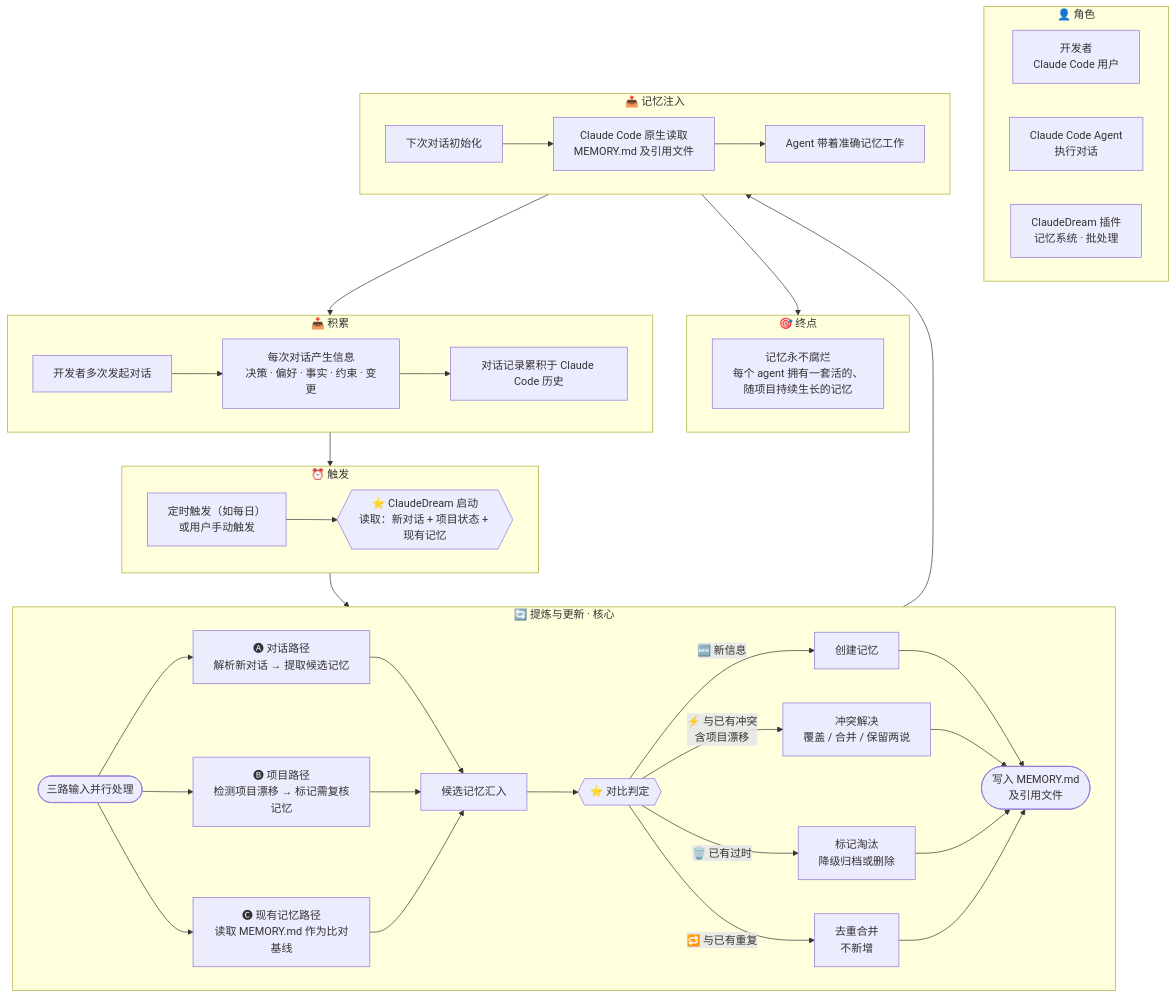
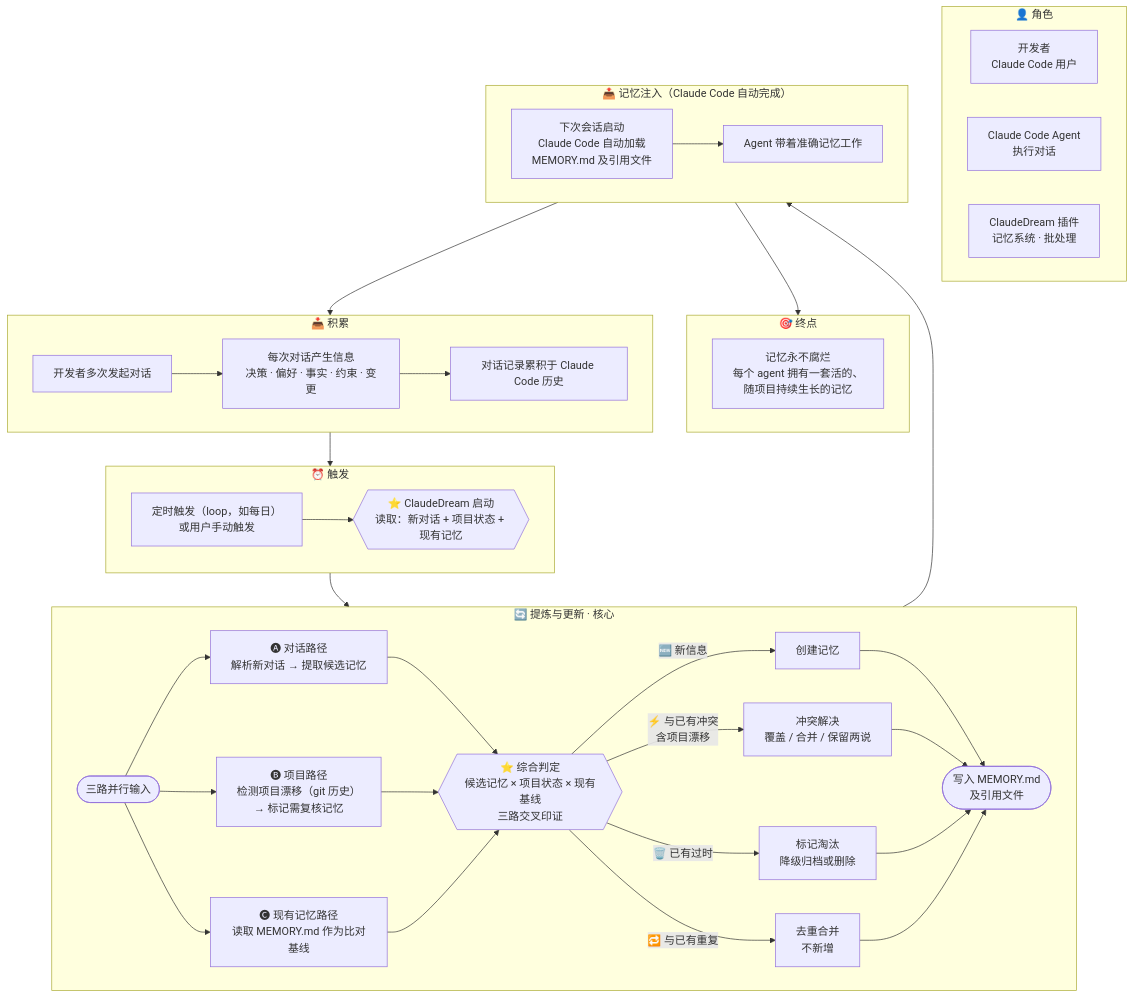
The diagram in .IDEO/DesignMapping.md (seapawn1/ClaudeDream), drawn with Mermaid before and after one commit. The commit also changed other lines of this file and 1 other file, not shown here.

````diff
--- a/.IDEO/DesignMapping.md
+++ b/.IDEO/DesignMapping.md
@@ -18,53 +18,51 @@
 ```mermaid
 flowchart TB
     subgraph LEFT["👤 角色"]
         DEV["开发者\nClaude Code 用户"]
         AGENT["Claude Code Agent\n执行对话"]
         CD["ClaudeDream 插件\n记忆系统 · 批处理"]
     end
 
     subgraph RIGHT["🎯 终点"]
         GOAL["记忆永不腐烂\n每个 agent 拥有一套活的、\n随项目持续生长的记忆"]
     end
 
     subgraph ACCUM["📥 积累"]
         A1["开发者多次发起对话"] --> A2["每次对话产生信息\n决策 · 偏好 · 事实 · 约束 · 变更"]
         A2 --> A3["对话记录累积于 Claude Code 历史"]
     end
 
     subgraph TRIGGER["⏰ 触发"]
-        T1["定时触发（如每日）\n或用户手动触发"]
+        T1["定时触发（loop，如每日）\n或用户手动触发"]
         T2{{"⭐ ClaudeDream 启动\n读取：新对话 + 项目状态 + 现有记忆"}}
         T1 --> T2
     end
 
     subgraph REFINE["🔄 提炼与更新 · 核心"]
-        R0(["三路输入并行处理"])
+        R0(["三路并行输入"])
         R0 --> R0a["🅐 对话路径\n解析新对话 → 提取候选记忆"]
-        R0 --> R0b["🅑 项目路径\n检测项目漂移 → 标记需复核记忆"]
+        R0 --> R0b["🅑 项目路径\n检测项目漂移（git 历史）\n→ 标记需复核记忆"]
         R0 --> R0c["🅒 现有记忆路径\n读取 MEMORY.md 作为比对基线"]
-        R0a --> R2["候选记忆汇入"]
-        R0b --> R2
-        R0c --> R2
-        R2 --> R3{{"⭐ 对比判定"}}
+        R0a --> R3{{"⭐ 综合判定\n候选记忆 × 项目状态 × 现有基线\n三路交叉印证"}}
+        R0b --> R3
+        R0c --> R3
         R3 -->|"🆕 新信息"| R4a["创建记忆"]
         R3 -->|"⚡ 与已有冲突\n含项目漂移"| R4b["冲突解决\n覆盖 / 合并 / 保留两说"]
         R3 -->|"🗑️ 已有过时"| R4c["标记淘汰\n降级归档或删除"]
         R3 -->|"🔁 与已有重复"| R4d["去重合并\n不新增"]
         R4a --> R5(["写入 MEMORY.md\n及引用文件"])
         R4b --> R5
         R4c --> R5
         R4d --> R5
     end
 
-    subgraph INJECT["📤 记忆注入"]
-        I1["下次对话初始化"] --> I2["Claude Code 原生读取\nMEMORY.md 及引用文件"]
-        I2 --> I3["Agent 带着准确记忆工作"]
+    subgraph INJECT["📤 记忆注入（Claude Code 自动完成）"]
+        I1["下次会话启动\nClaude Code 自动加载\nMEMORY.md 及引用文件"] --> I2["Agent 带着准确记忆工作"]
     end
 
     ACCUM --> TRIGGER
     TRIGGER --> REFINE
     REFINE --> INJECT
     INJECT --> ACCUM
     INJECT --> RIGHT
 ```
````
